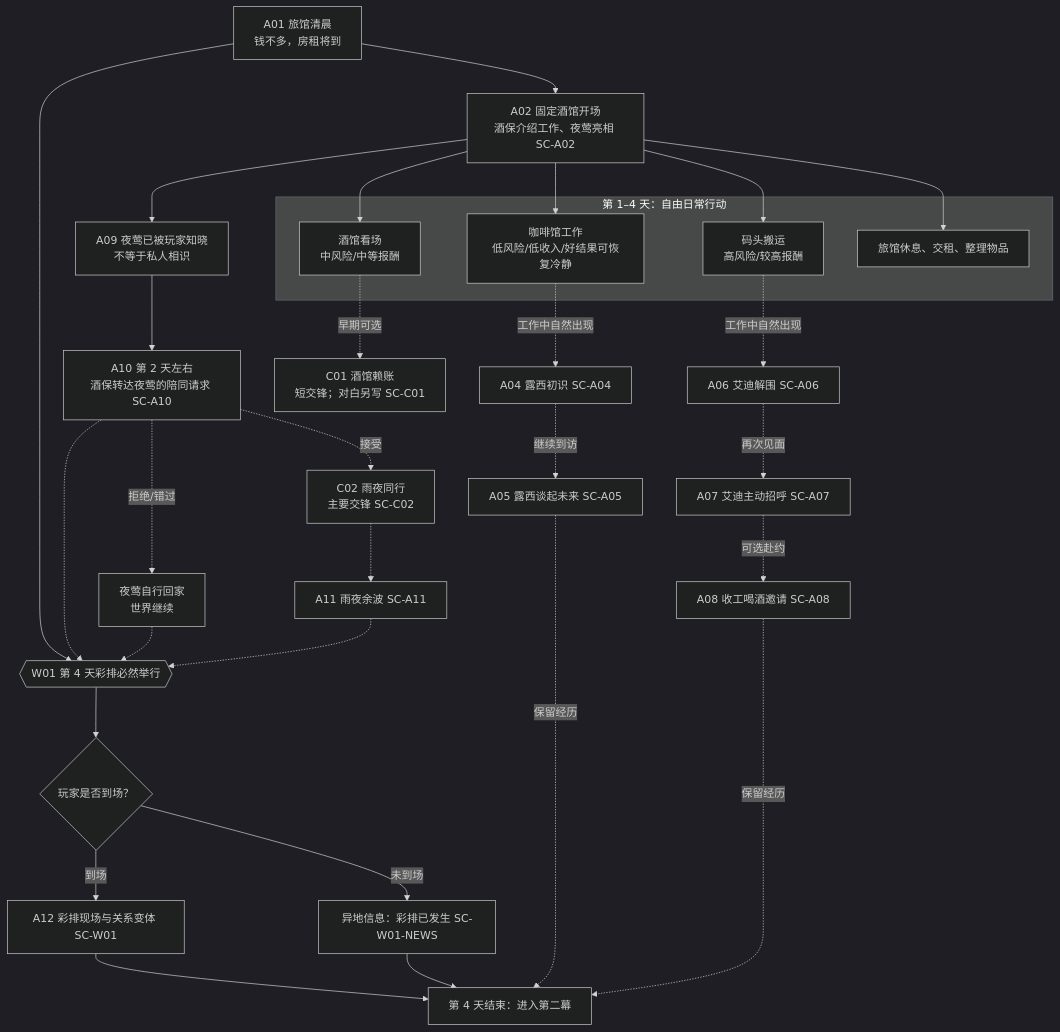
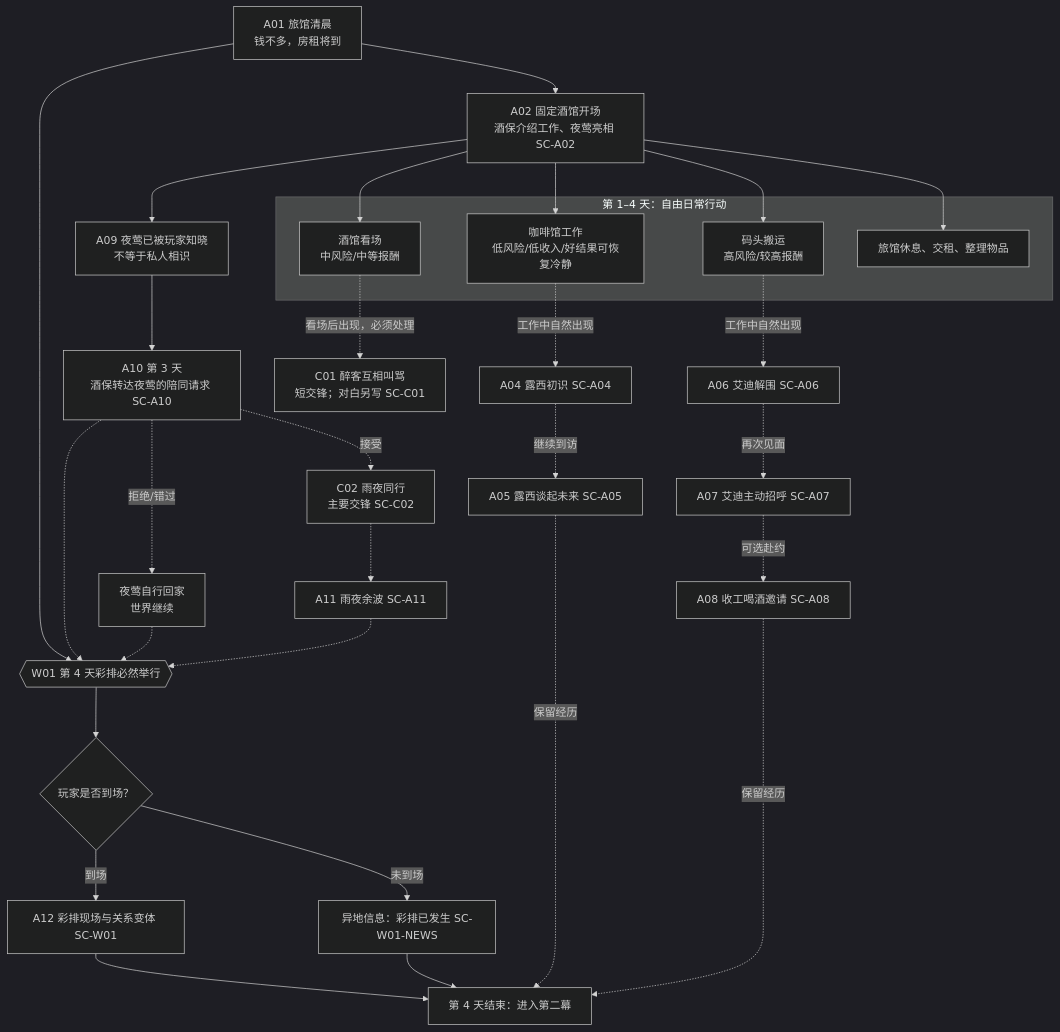
The second of 4 diagrams in docs/章节内容手稿/第一章_人物与交锋设计/01_第一幕_活下去_内容网络与交锋.md (guopanqi/ssnoir), drawn with Mermaid (dark theme) before and after one commit. The commit also changed other lines of this file and 131 other files, not shown here.

````diff
--- a/docs/章节内容手稿/第一章_人物与交锋设计/01_第一幕_活下去_内容网络与交锋.md
+++ b/docs/章节内容手稿/第一章_人物与交锋设计/01_第一幕_活下去_内容网络与交锋.md
@@ -36,42 +40,42 @@
 ```mermaid
 flowchart TD
     A["A01 旅馆清晨<br/>钱不多，房租将到"] --> B["A02 固定酒馆开场<br/>酒保介绍工作、夜莺亮相 SC-A02"]
 
     subgraph CITY["第 1–4 天：自由日常行动"]
         C["咖啡馆工作<br/>低风险/低收入/好结果可恢复冷静"]
         D["酒馆看场<br/>中风险/中等报酬"]
         E["码头搬运<br/>高风险/较高报酬"]
         F["旅馆休息、交租、整理物品"]
     end
 
     B --> C
     B --> D
     B --> E
     B --> F
 
     C -.工作中自然出现.-> G["A04 露西初识 SC-A04"]
     G -.继续到访.-> H["A05 露西谈起未来 SC-A05"]
     E -.工作中自然出现.-> I["A06 艾迪解围 SC-A06"]
     I -.再次见面.-> J["A07 艾迪主动招呼 SC-A07"]
     J -.可选赴约.-> K["A08 收工喝酒邀请 SC-A08"]
 
-    D -.早期可选.-> L["C01 酒馆赖账<br/>短交锋；对白另写 SC-C01"]
+    D -.看场后出现，必须处理.-> L["C01 醉客互相叫骂<br/>短交锋；对白另写 SC-C01"]
 
     B --> M["A09 夜莺已被玩家知晓<br/>不等于私人相识"]
-    M --> N["A10 第 2 天左右<br/>酒保转达夜莺的陪同请求 SC-A10"]
+    M --> N["A10 第 3 天<br/>酒保转达夜莺的陪同请求 SC-A10"]
     N -.接受.-> O["C02 雨夜同行<br/>主要交锋 SC-C02"]
     N -.拒绝/错过.-> P["夜莺自行回家<br/>世界继续"]
     O -.-> Q["A11 雨夜余波 SC-A11"]
 
     A --> R{{"W01 第 4 天彩排必然举行"}}
     N -.-> R
     P -.-> R
     Q -.-> R
     R --> S{"玩家是否到场？"}
     S -->|到场| T["A12 彩排现场与关系变体 SC-W01"]
     S -->|未到场| U["异地信息：彩排已发生 SC-W01-NEWS"]
     T --> V["第 4 天结束：进入第二幕"]
     U --> V
     H -.保留经历.-> V
     K -.保留经历.-> V
 ```
````
